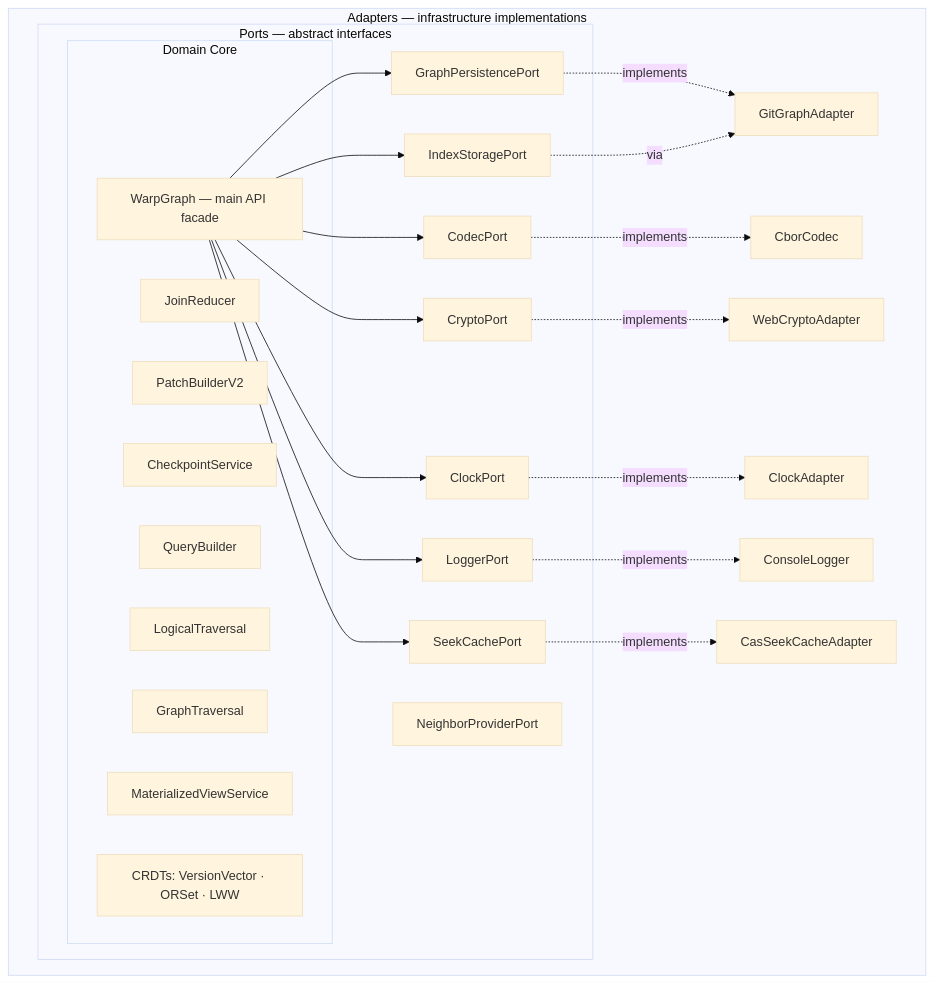
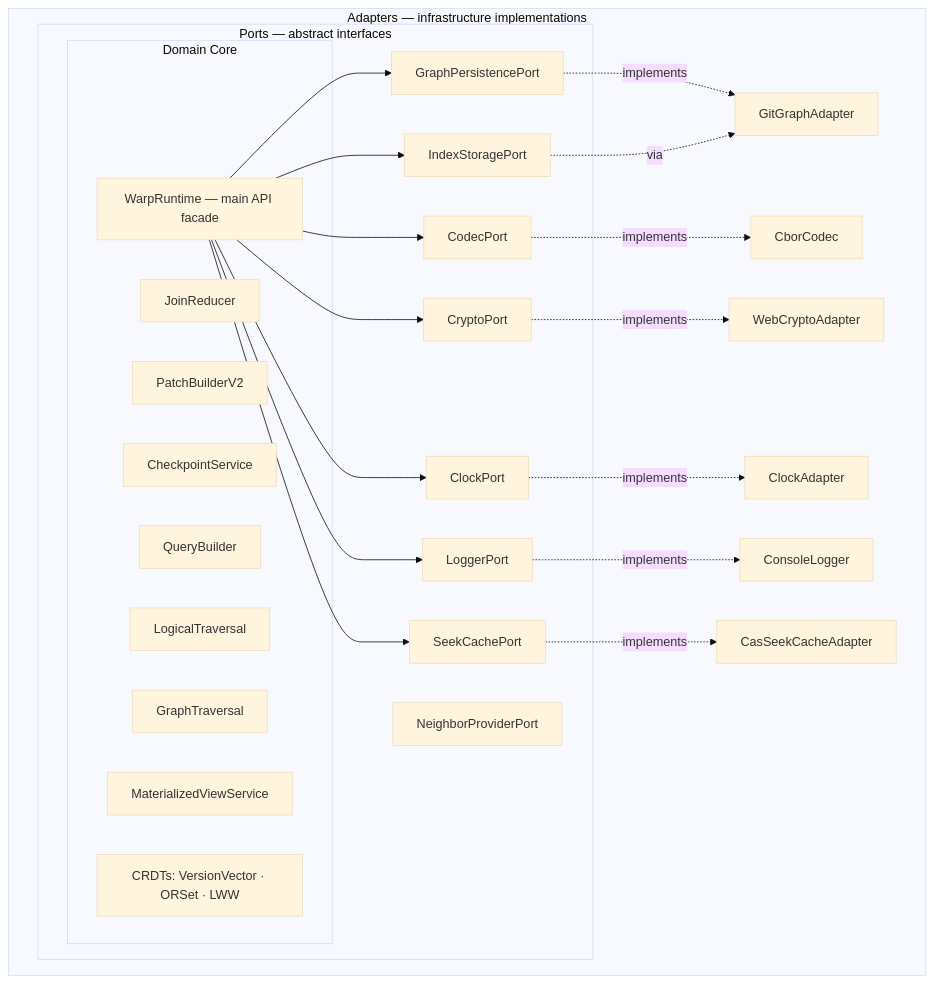
One commit to git-stunts/git-warp changed the third of 3 diagrams in README.md. Above: the diagram before and after it, drawn with Mermaid (base theme). The commit also changed other lines of this file and 144 other files, not shown here.

First line of the commit message:
feat!: replace WarpGraph with WarpRuntime

````diff
--- a/README.md
+++ b/README.md
@@ -818,44 +818,44 @@
 ```mermaid
 flowchart TB
     subgraph adapters["Adapters — infrastructure implementations"]
         git["GitGraphAdapter"]
         cbor["CborCodec"]
         webcrypto["WebCryptoAdapter"]
         clocka["ClockAdapter"]
         consolel["ConsoleLogger"]
         cascache["CasSeekCacheAdapter"]
 
         subgraph ports["Ports — abstract interfaces"]
             pp["GraphPersistencePort"]
             cp["CodecPort"]
             crp["CryptoPort"]
             clp["ClockPort"]
             lp["LoggerPort"]
             ip["IndexStoragePort"]
             sp["SeekCachePort"]
             np["NeighborProviderPort"]
 
             subgraph domain["Domain Core"]
-                wg["WarpGraph — main API facade"]
+                wg["WarpRuntime — main API facade"]
                 jr["JoinReducer"]
                 pb["PatchBuilderV2"]
                 cs["CheckpointService"]
                 qb["QueryBuilder"]
                 lt["LogicalTraversal"]
                 gt["GraphTraversal"]
                 mvs["MaterializedViewService"]
                 crdts["CRDTs: VersionVector · ORSet · LWW"]
             end
         end
     end
 
     pp -.->|implements| git
     cp -.->|implements| cbor
     crp -.->|implements| webcrypto
     clp -.->|implements| clocka
     lp -.->|implements| consolel
     sp -.->|implements| cascache
     ip -.->|via| git
 
     wg --> pp & cp & crp & clp & lp & ip & sp
 ```
````
